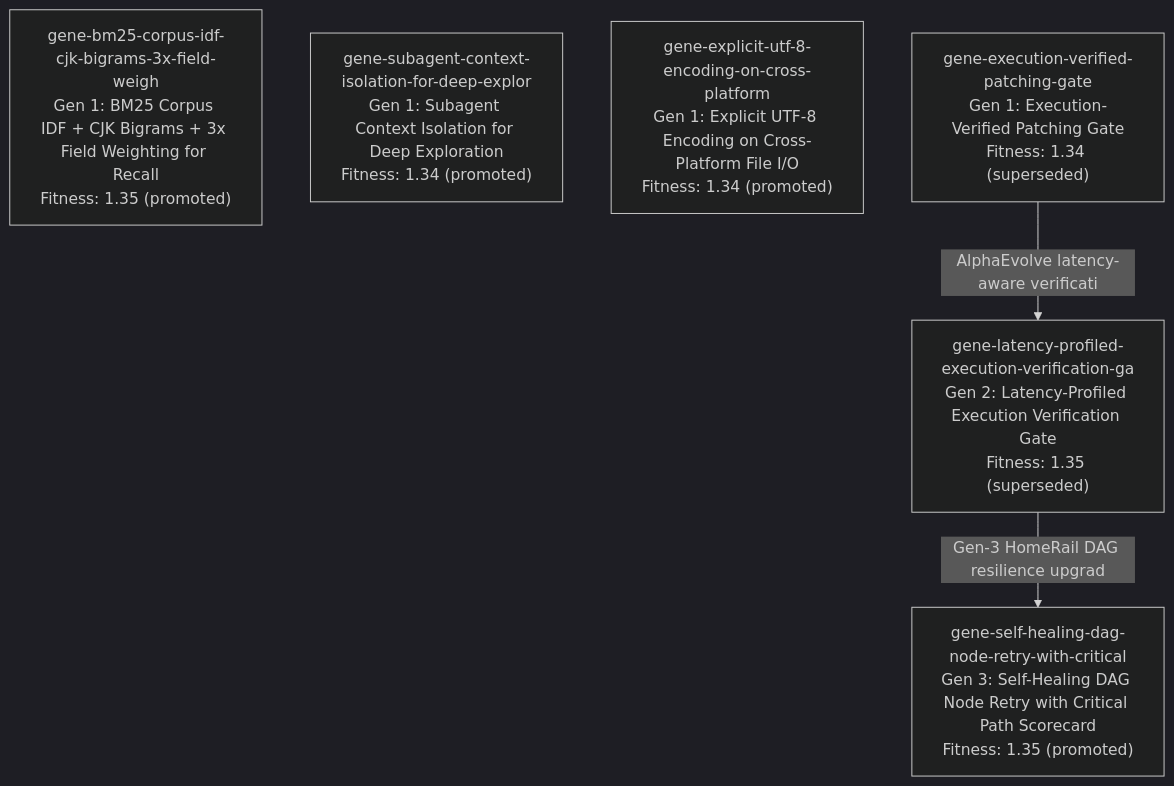
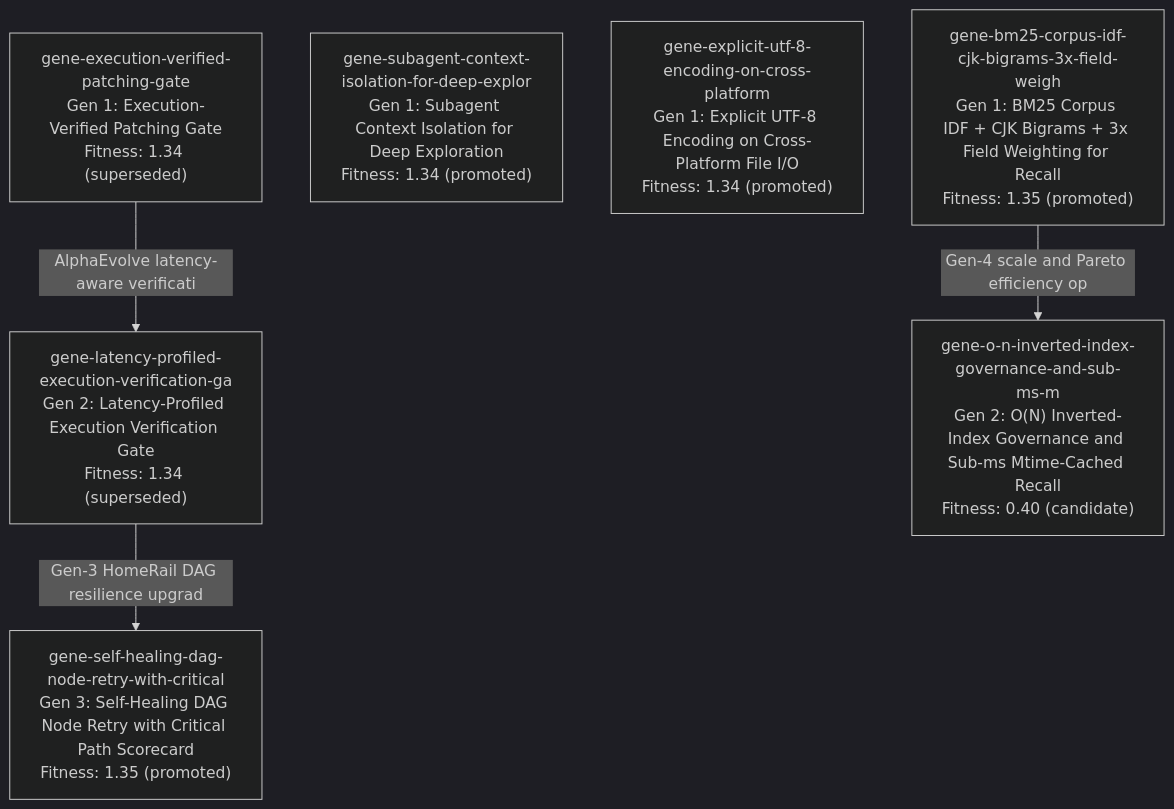
One commit to muxi364/evlop changed the diagram in docs/LINEAGE.md. Above: the diagram before and after it, drawn with Mermaid (dark theme). The commit also changed 9 other files, not shown here.

Commit message:
perf(gen4-pareto): achieve 39x governance speedup, 48x recall speedup, and Pareto latency-aware fitness selection

````diff
--- a/docs/LINEAGE.md
+++ b/docs/LINEAGE.md
@@ -3,11 +3,13 @@
 ```mermaid
 flowchart TD
     gene-bm25-corpus-idf-cjk-bigrams-3x-field-weigh["gene-bm25-corpus-idf-cjk-bigrams-3x-field-weigh<br/>Gen 1: BM25 Corpus IDF + CJK Bigrams + 3x Field Weighting for Recall<br/>Fitness: 1.35 (promoted)"]
     gene-self-healing-dag-node-retry-with-critical["gene-self-healing-dag-node-retry-with-critical<br/>Gen 3: Self-Healing DAG Node Retry with Critical Path Scorecard<br/>Fitness: 1.35 (promoted)"]
     gene-subagent-context-isolation-for-deep-explor["gene-subagent-context-isolation-for-deep-explor<br/>Gen 1: Subagent Context Isolation for Deep Exploration<br/>Fitness: 1.34 (promoted)"]
     gene-explicit-utf-8-encoding-on-cross-platform["gene-explicit-utf-8-encoding-on-cross-platform<br/>Gen 1: Explicit UTF-8 Encoding on Cross-Platform File I/O<br/>Fitness: 1.34 (promoted)"]
-    gene-latency-profiled-execution-verification-ga["gene-latency-profiled-execution-verification-ga<br/>Gen 2: Latency-Profiled Execution Verification Gate<br/>Fitness: 1.35 (superseded)"]
+    gene-latency-profiled-execution-verification-ga["gene-latency-profiled-execution-verification-ga<br/>Gen 2: Latency-Profiled Execution Verification Gate<br/>Fitness: 1.34 (superseded)"]
     gene-execution-verified-patching-gate["gene-execution-verified-patching-gate<br/>Gen 1: Execution-Verified Patching Gate<br/>Fitness: 1.34 (superseded)"]
+    gene-o-n-inverted-index-governance-and-sub-ms-m["gene-o-n-inverted-index-governance-and-sub-ms-m<br/>Gen 2: O(N) Inverted-Index Governance and Sub-ms Mtime-Cached Recall<br/>Fitness: 0.40 (candidate)"]
     gene-latency-profiled-execution-verification-ga -->|"Gen-3 HomeRail DAG resilience upgrad"| gene-self-healing-dag-node-retry-with-critical
     gene-execution-verified-patching-gate -->|"AlphaEvolve latency-aware verificati"| gene-latency-profiled-execution-verification-ga
+    gene-bm25-corpus-idf-cjk-bigrams-3x-field-weigh -->|"Gen-4 scale and Pareto efficiency op"| gene-o-n-inverted-index-governance-and-sub-ms-m
 ```
````
